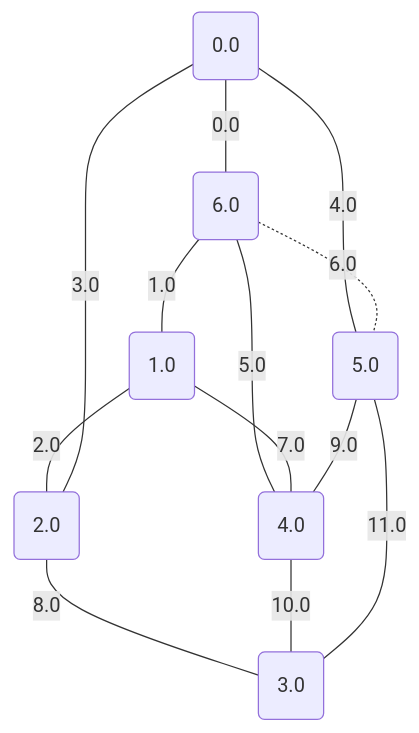
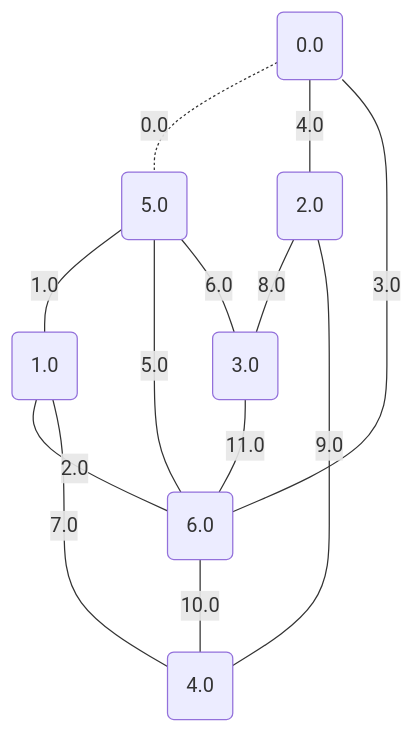
One commit to metury/graphs changed the eighth of 17 diagrams in project/src/testing/showcase/minCutPetersen.md. Above: the diagram before and after it, drawn with Mermaid. The commit also changed other lines of this file and 33 other files, not shown here.

````diff
--- a/project/src/testing/showcase/minCutPetersen.md
+++ b/project/src/testing/showcase/minCutPetersen.md
@@ -218,22 +218,22 @@
 ```mermaid
 graph TD;
 	0("0.0");
 	1("1.0");
 	2("2.0");
 	3("3.0");
 	4("4.0");
 	5("5.0");
 	6("6.0");
-	0 -- "0.0" --- 6;
-	6 -- "1.0" --- 1;
-	1 -- "2.0" --- 2;
-	2 -- "3.0" --- 0;
-	0 -- "4.0" --- 5;
-	6 -- "5.0" --- 4;
-	6 -. "6.0" -.- 5;
+	0 -. "0.0" -.- 5;
+	5 -- "1.0" --- 1;
+	1 -- "2.0" --- 6;
+	6 -- "3.0" --- 0;
+	0 -- "4.0" --- 2;
+	5 -- "5.0" --- 6;
+	5 -- "6.0" --- 3;
 	1 -- "7.0" --- 4;
 	2 -- "8.0" --- 3;
-	5 -- "9.0" --- 4;
-	4 -- "10.0" --- 3;
-	5 -- "11.0" --- 3;
+	2 -- "9.0" --- 4;
+	6 -- "10.0" --- 4;
+	3 -- "11.0" --- 6;
 ```
````
